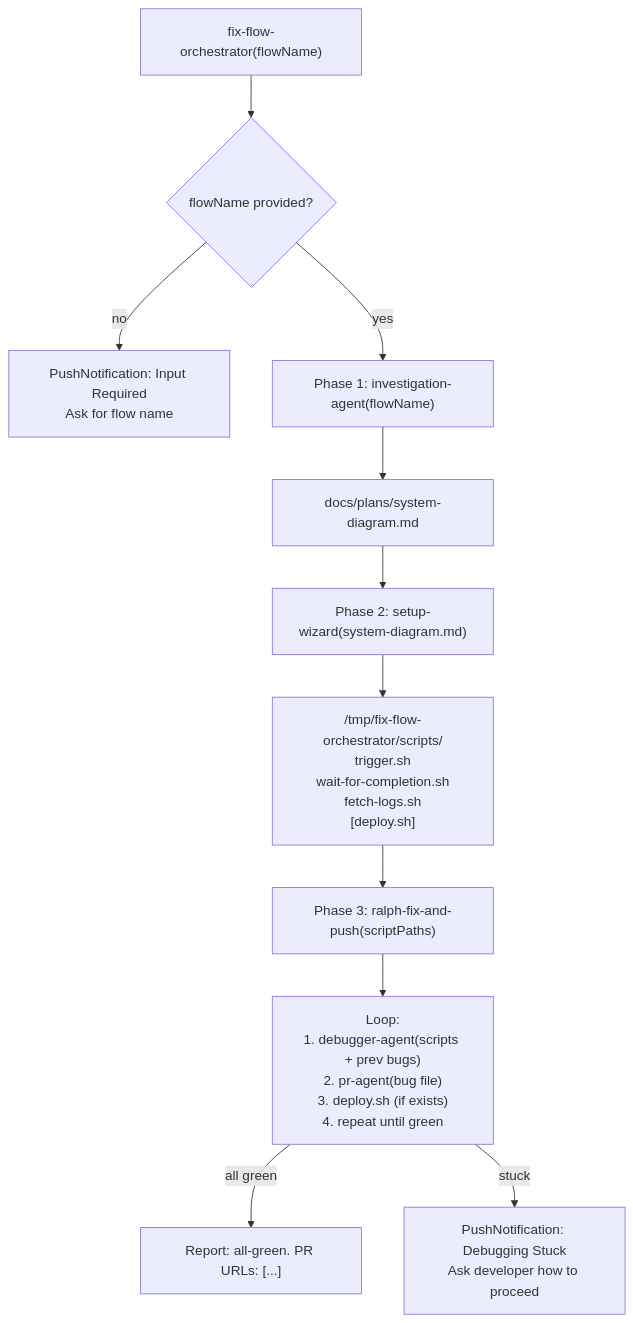
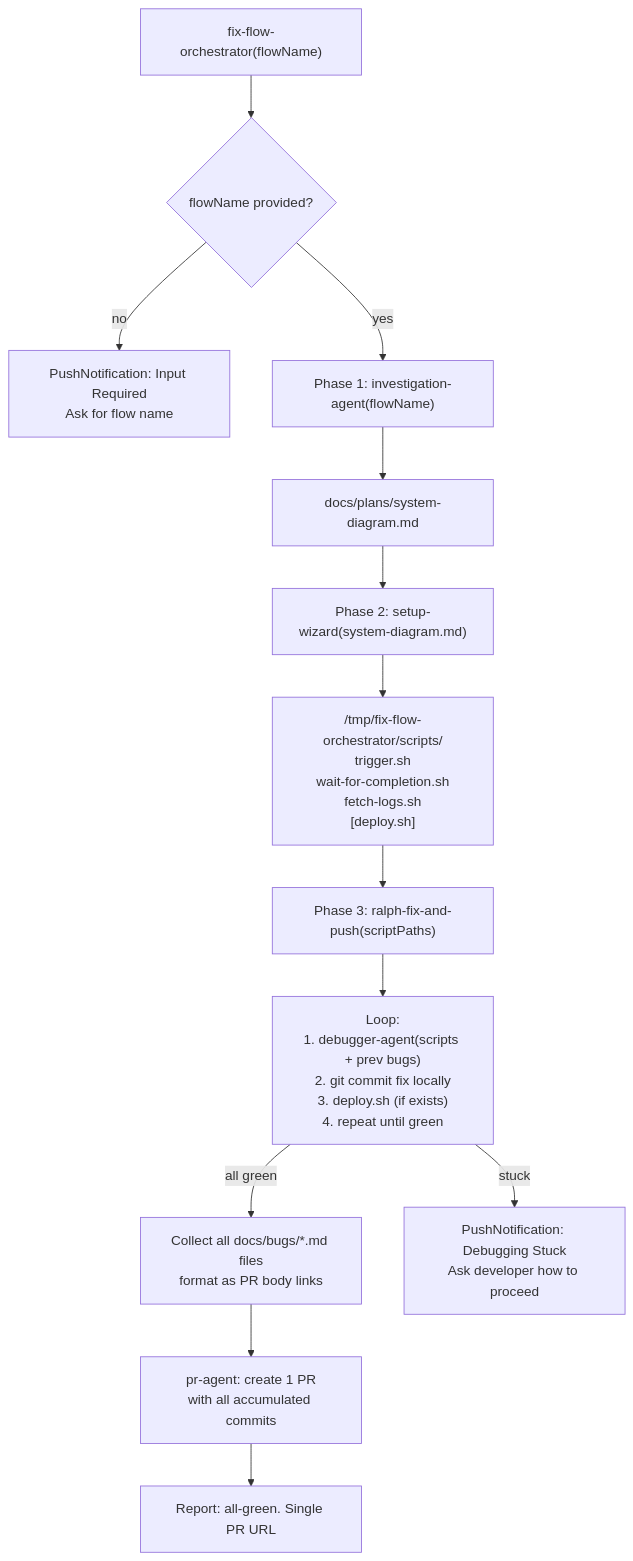
One commit to lewibs/dark-factory changed the diagram in docs/docs/fix-broken-flow.md. Above: the diagram before and after it, drawn with Mermaid. The commit also changed other lines of this file and 2 other files, not shown here.

First line of the commit message:
fix(fix-flow): modify to accumulate fixes on single branch with single PR

````diff
--- a/docs/docs/fix-broken-flow.md
+++ b/docs/docs/fix-broken-flow.md
@@ -13,13 +13,15 @@
 ```mermaid
 flowchart TD
   Input["fix-flow-orchestrator(flowName)"] --> Guard{flowName provided?}
   Guard -->|no| Push1["PushNotification: Input Required\nAsk for flow name"]
   Guard -->|yes| Phase1["Phase 1: investigation-agent(flowName)"]
   Phase1 --> SystemDiagram["docs/plans/system-diagram.md"]
   SystemDiagram --> Phase2["Phase 2: setup-wizard(system-diagram.md)"]
   Phase2 --> Scripts["/tmp/fix-flow-orchestrator/scripts/\ntrigger.sh\nwait-for-completion.sh\nfetch-logs.sh\n[deploy.sh]"]
   Scripts --> Phase3["Phase 3: ralph-fix-and-push(scriptPaths)"]
-  Phase3 --> DebugLoop["Loop:\n1. debugger-agent(scripts + prev bugs)\n2. pr-agent(bug file)\n3. deploy.sh (if exists)\n4. repeat until green"]
-  DebugLoop -->|all green| Done["Report: all-green. PR URLs: [...]"]
+  Phase3 --> DebugLoop["Loop:\n1. debugger-agent(scripts + prev bugs)\n2. git commit fix locally\n3. deploy.sh (if exists)\n4. repeat until green"]
+  DebugLoop -->|all green| Accumulate["Collect all docs/bugs/*.md files\nformat as PR body links"]
+  Accumulate --> CreatePR["pr-agent: create 1 PR\nwith all accumulated commits"]
+  CreatePR --> Done["Report: all-green. Single PR URL"]
   DebugLoop -->|stuck| Push2["PushNotification: Debugging Stuck\nAsk developer how to proceed"]
 ```
````
